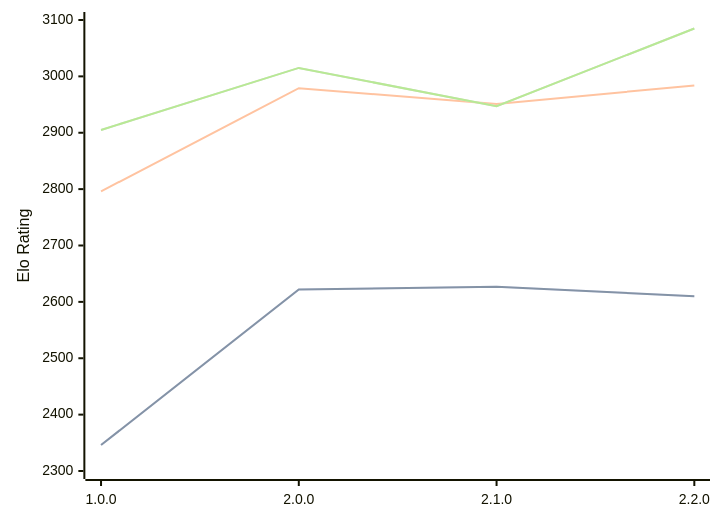
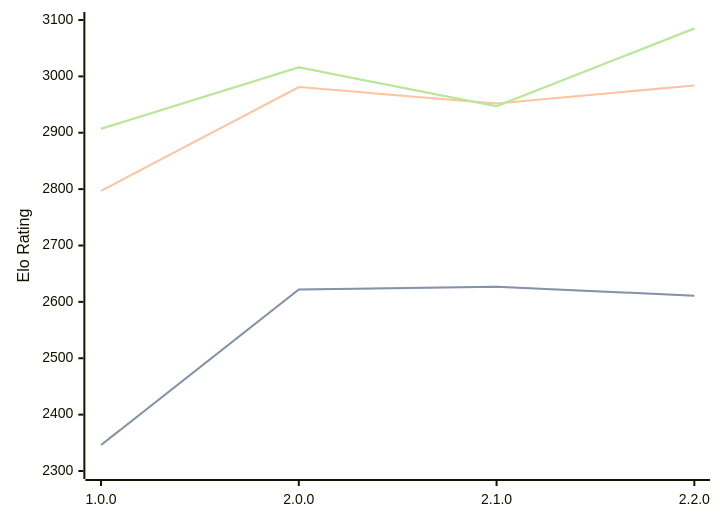
The diagram in engines/Catalyst.md (computer-chess-index/cci), drawn with Mermaid before and after one commit. The commit also changed other lines of this file, not shown here.

Commit message:
Update CCI Ratings (ELO VLTC) - 2026-04-13

````diff
--- a/engines/Catalyst.md
+++ b/engines/Catalyst.md
@@ -34,11 +34,11 @@
 ```mermaid
 %%{init: {"theme":"base","themeVariables":{"seriesColors:['#a3a3a3','#222221','#faa371']}}}%%
 xychart-beta
   x-axis ["1.0.0", "2.0.0", "2.1.0", "2.2.0"]
   y-axis "Elo Rating" 2300 --> 3100
-  line "STC (8.0+0.08s)" [2346, 2622, 2627, 2610]
-  line "STC (8.0+0.08s)" [2346, 2622, 2627, 2610]
-  line "LTC (60.0+0.60s)" [2796, 2979, 2951, 2984]
-  line "VLTC (2m24s+1.12s)" [2905, 3015, 2947, 3085]
-  line "VLTC (2m24s+1.12s)" [2905, 3015, 2947, 3085]
+  line "STC (8.0+0.08s)" [2346, 2622, 2627, 2611]
+  line "STC (8.0+0.08s)" [2346, 2622, 2627, 2611]
+  line "LTC (60.0+0.60s)" [2797, 2981, 2952, 2984]
+  line "VLTC (2m24s+1.12s)" [2907, 3016, 2947, 3085]
+  line "VLTC (2m24s+1.12s)" [2907, 3016, 2947, 3085]
 ```
````
